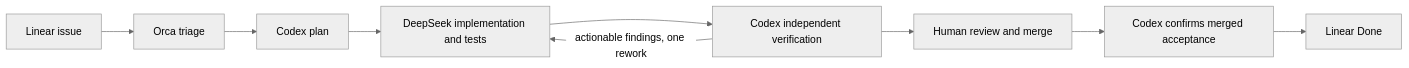
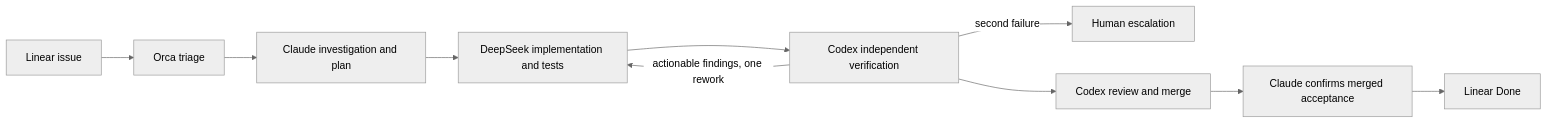
The diagram in README.md (d3hl/contract-master), drawn with Mermaid (neutral theme) before and after one commit. The commit also changed 25 other files, not shown here.

First line of the commit message:
Reassign workflow roles: Claude plans, Codex verifies and merges

````diff
--- a/README.md
+++ b/README.md
@@ -5,11 +5,12 @@
 ```mermaid
 flowchart LR
   L[Linear issue] --> O[Orca triage]
-  O --> C[Codex plan]
+  O --> C[Claude investigation and plan]
   C --> D[DeepSeek implementation and tests]
   D --> V[Codex independent verification]
   V -->|actionable findings, one rework| D
-  V --> H[Human review and merge]
-  H --> F[Codex confirms merged acceptance]
+  V -->|second failure| E[Human escalation]
+  V --> M[Codex review and merge]
+  M --> F[Claude confirms merged acceptance]
   F --> Done[Linear Done]
 ```
````
